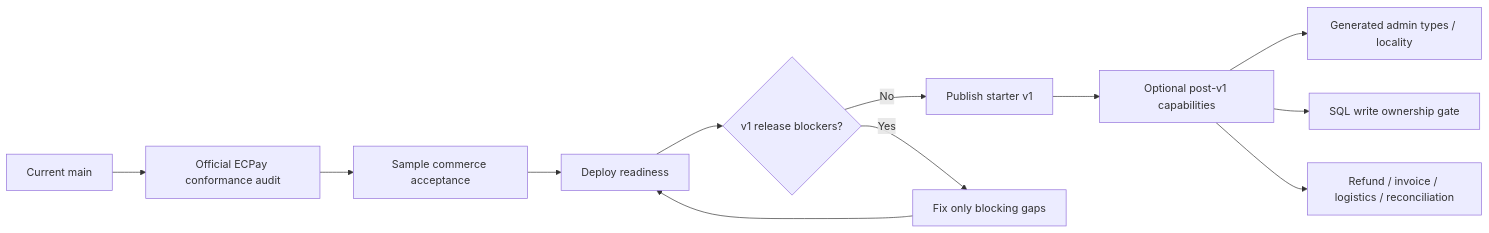
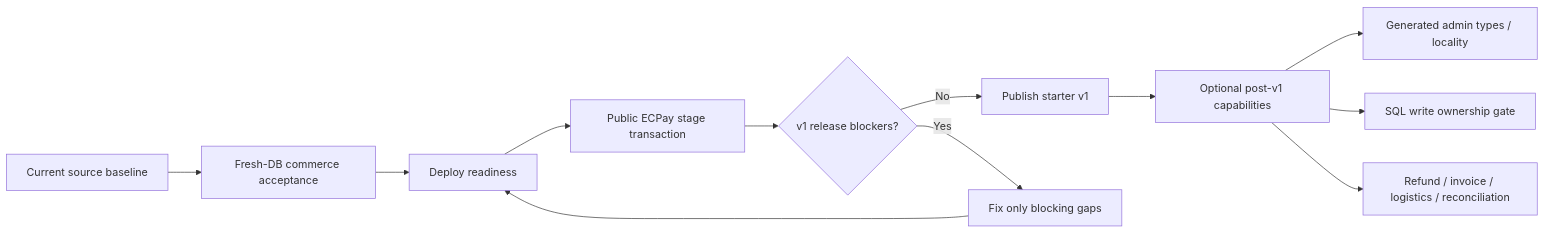
The third of 3 diagrams in docs/project-status.md (seeer-dev/agent-safe-site-starter), drawn with Mermaid before and after one commit. The commit also changed other lines of this file and 19 other files, not shown here.

First line of the commit message:
fix: harden ECPay official conformance

````diff
--- a/docs/project-status.md
+++ b/docs/project-status.md
@@ -177,14 +179,14 @@
 ```mermaid
 flowchart LR
-    A[Current main] --> B[Official ECPay conformance audit]
-    B --> C[Sample commerce acceptance]
-    C --> D[Deploy readiness]
+    A[Current source baseline] --> B[Fresh-DB commerce acceptance]
+    B --> C[Deploy readiness]
+    C --> D[Public ECPay stage transaction]
     D --> E{v1 release blockers?}
     E -->|No| F[Publish starter v1]
     E -->|Yes| G[Fix only blocking gaps]
-    G --> D
+    G --> C
     F --> H[Optional post-v1 capabilities]
     H --> I[Generated admin types / locality]
     H --> J[SQL write ownership gate]
     H --> K[Refund / invoice / logistics / reconciliation]
 ```
````
